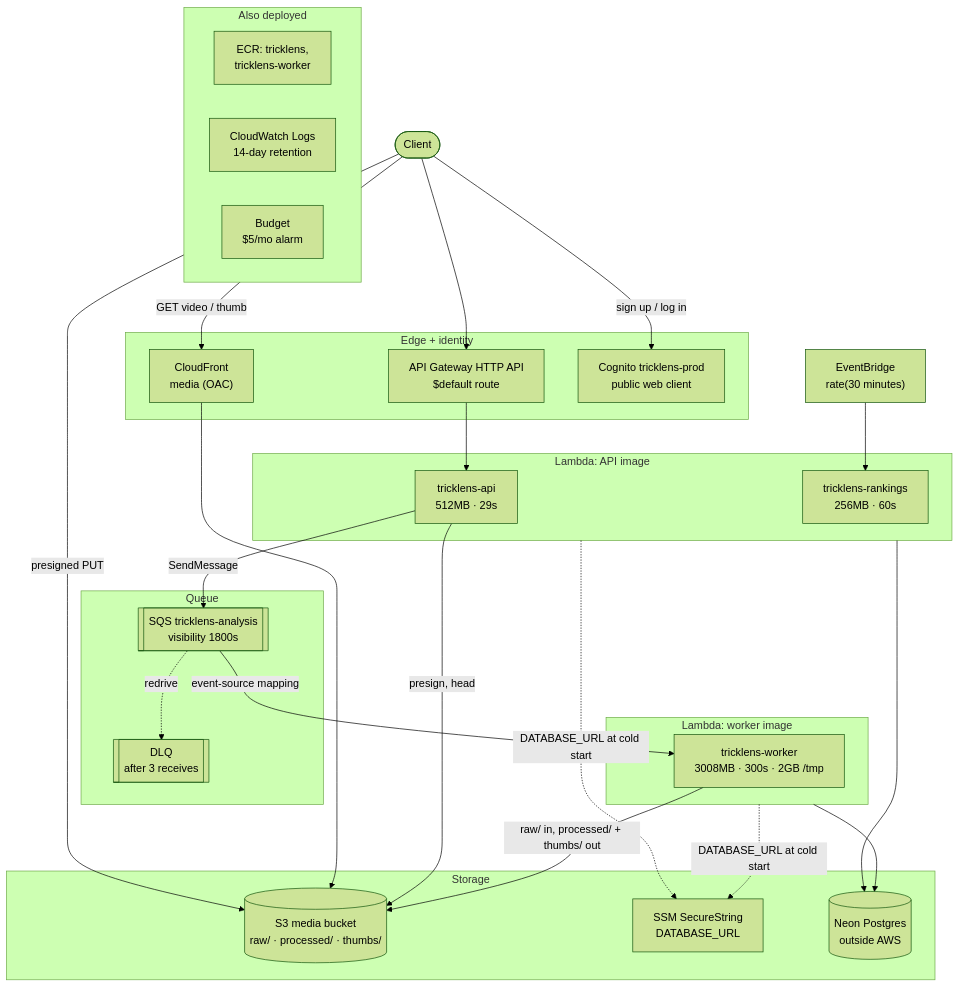
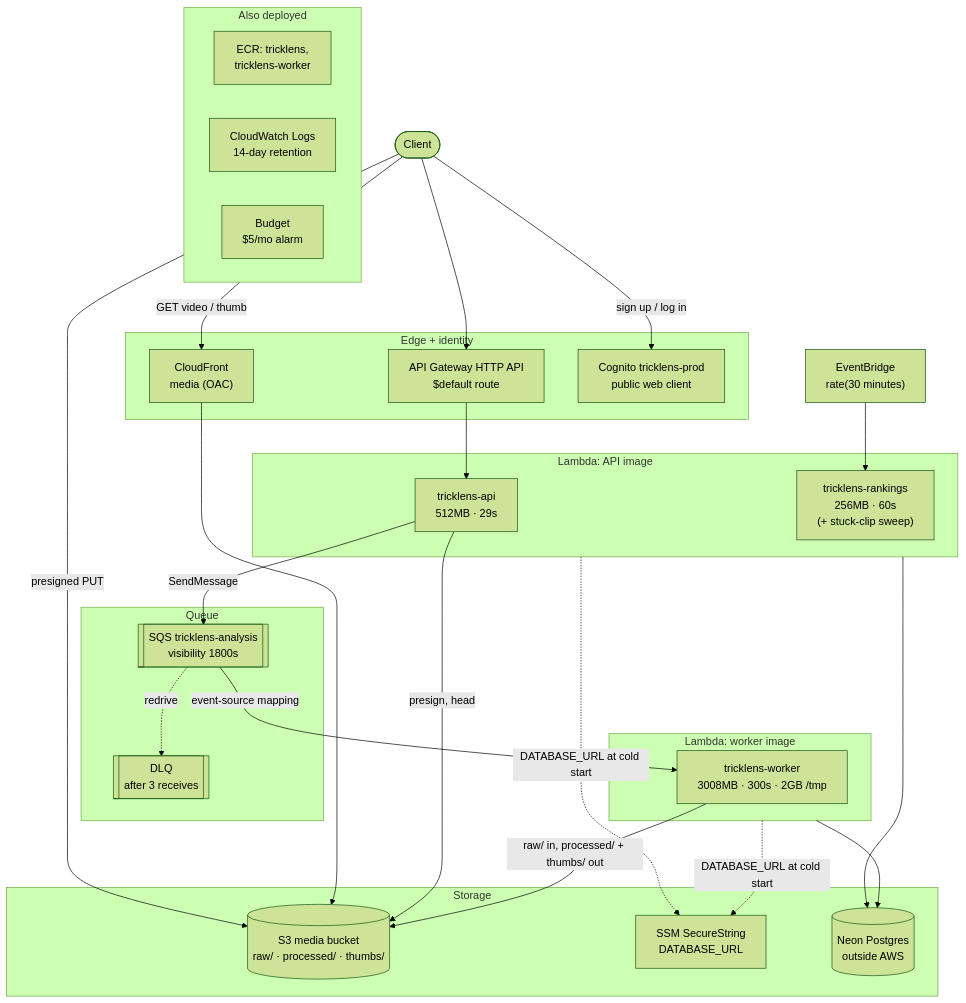
Before and after one commit to NickPalceski/TrickLens: the first of 2 diagrams in docs/components/infrastructure.md, drawn with Mermaid (forest theme). The commit also changed other lines of this file and 36 other files, not shown here.

````diff
--- a/docs/components/infrastructure.md
+++ b/docs/components/infrastructure.md
@@ -12,51 +12,51 @@
 ```mermaid
 flowchart TB
     client(["Client"])
 
     subgraph edge ["Edge + identity"]
         apigw["API Gateway HTTP API<br/>$default route"]
         cf["CloudFront<br/>media (OAC)"]
         cognito["Cognito tricklens-prod<br/>public web client"]
     end
 
     subgraph web ["Lambda: API image"]
         api["tricklens-api<br/>512MB · 29s"]
-        rank["tricklens-rankings<br/>256MB · 60s"]
+        rank["tricklens-rankings<br/>256MB · 60s<br/>(+ stuck-clip sweep)"]
     end
 
     eb["EventBridge<br/>rate(30 minutes)"]
 
     subgraph queue ["Queue"]
         sqs[["SQS tricklens-analysis<br/>visibility 1800s"]]
         dlq[["DLQ<br/>after 3 receives"]]
     end
 
     subgraph wk ["Lambda: worker image"]
         worker["tricklens-worker<br/>3008MB · 300s · 2GB /tmp"]
     end
 
     subgraph data ["Storage"]
         s3[("S3 media bucket<br/>raw/ · processed/ · thumbs/")]
         ssm["SSM SecureString<br/>DATABASE_URL"]
         neon[("Neon Postgres<br/>outside AWS")]
     end
 
     subgraph ops ["Also deployed"]
         ecr["ECR: tricklens,<br/>tricklens-worker"]
         logs["CloudWatch Logs<br/>14-day retention"]
         budget["Budget<br/>$5/mo alarm"]
     end
 
     client --> apigw --> api
     client -- "sign up / log in" --> cognito
     client -- "presigned PUT" --> s3
     client -- "GET video / thumb" --> cf --> s3
     api -- "presign, head" --> s3
     api -- SendMessage --> sqs
     sqs -- "event-source mapping" --> worker
     sqs -. redrive .-> dlq
     worker -- "raw/ in, processed/ + thumbs/ out" --> s3
     eb --> rank
     web & wk --> neon
     web & wk -. "DATABASE_URL at cold start" .-> ssm
 ```
````
